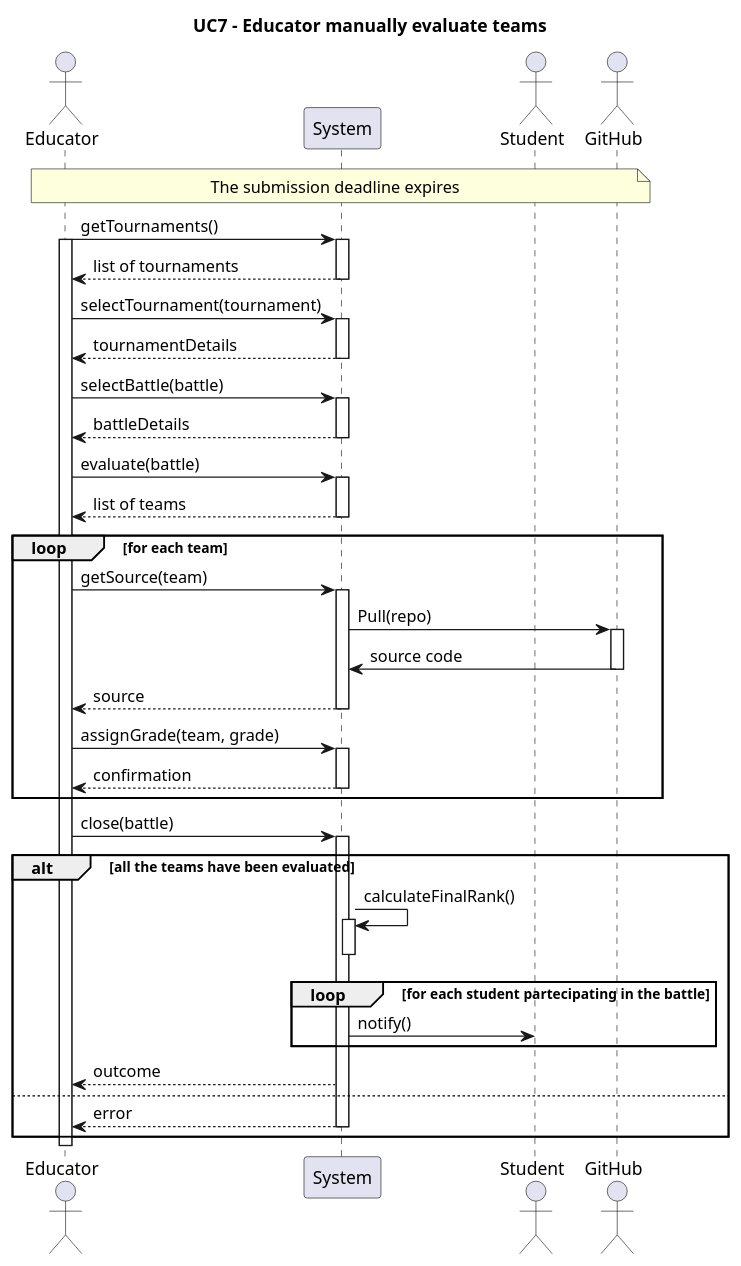
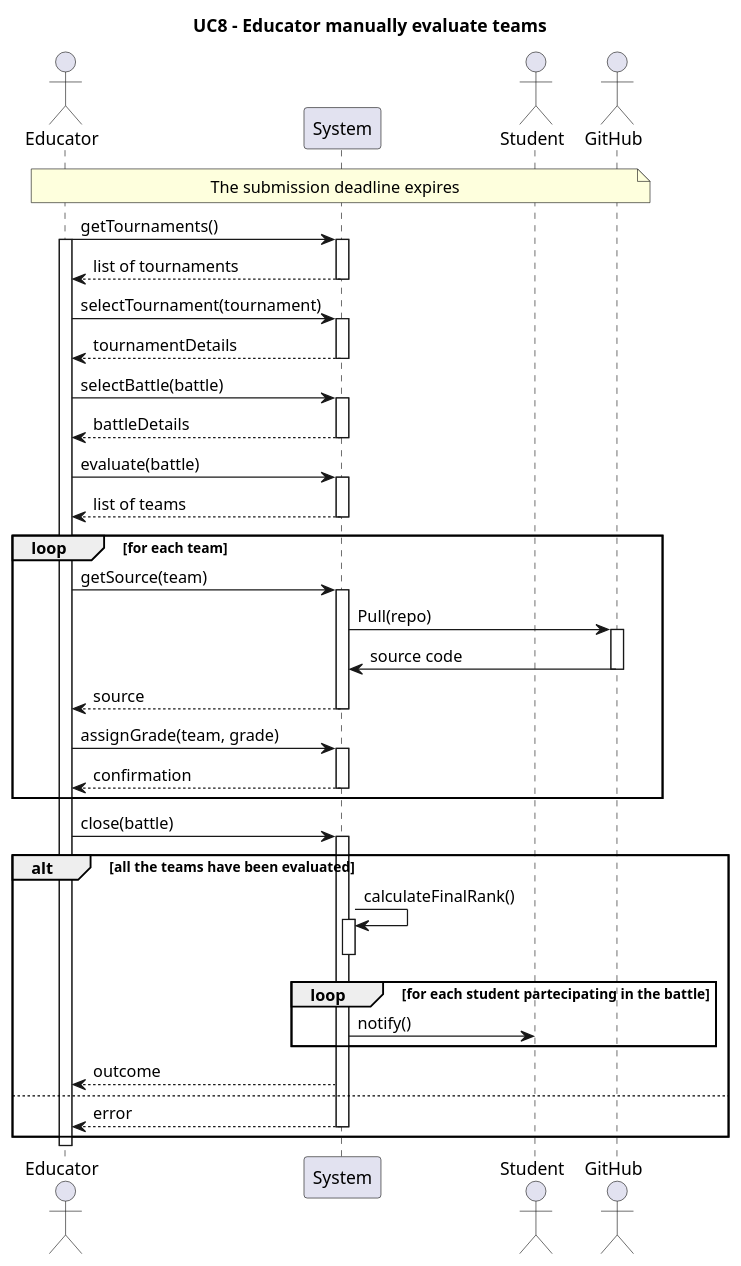
Before and after one commit to Furrrlo/CodeKataBattle: the diagram in rasd/puml/UC8.puml, drawn with PlantUML. The commit also changed 5 other files, not shown here.

Commit message:
Fix seq diagram titles

```diff
--- a/rasd/puml/UC8.puml
+++ b/rasd/puml/UC8.puml
@@ -1,59 +1,59 @@
-@startuml UC7
-title UC7 - Educator manually evaluate teams    
+@startuml UC8
+title UC8 - Educator manually evaluate teams    
 actor Educator
 participant System
 actor Student
 actor GitHub
 
 note across: The submission deadline expires
 
 
 Educator -> System ++: getTournaments()
 activate Educator
 System --> Educator--: list of tournaments
 
 
 
 Educator -> System ++ : selectTournament(tournament)
 Educator <-- System -- : tournamentDetails
 
 Educator -> System ++ : selectBattle(battle)
 Educator <-- System -- : battleDetails
 
 Educator -> System ++ : evaluate(battle)
 Educator <-- System -- : list of teams
 
 loop for each team
     Educator -> System ++ : getSource(team)
     System -> GitHub ++: Pull(repo)
     System <- GitHub --: source code
     Educator <-- System -- : source
 
     Educator -> System ++ : assignGrade(team, grade)
     Educator <-- System -- : confirmation
 end
 
 
 
 
 Educator -> System ++ : close(battle)
 
 alt all the teams have been evaluated
 
     System -> System ++ : calculateFinalRank()
     deactivate System
 
     loop for each student partecipating in the battle
         System -> Student : notify()
     end
 
 
 
     Educator <-- System  : outcome
 else 
 Educator <-- System -- : error
 
 
 end
 deactivate Educator
 @enduml
```
